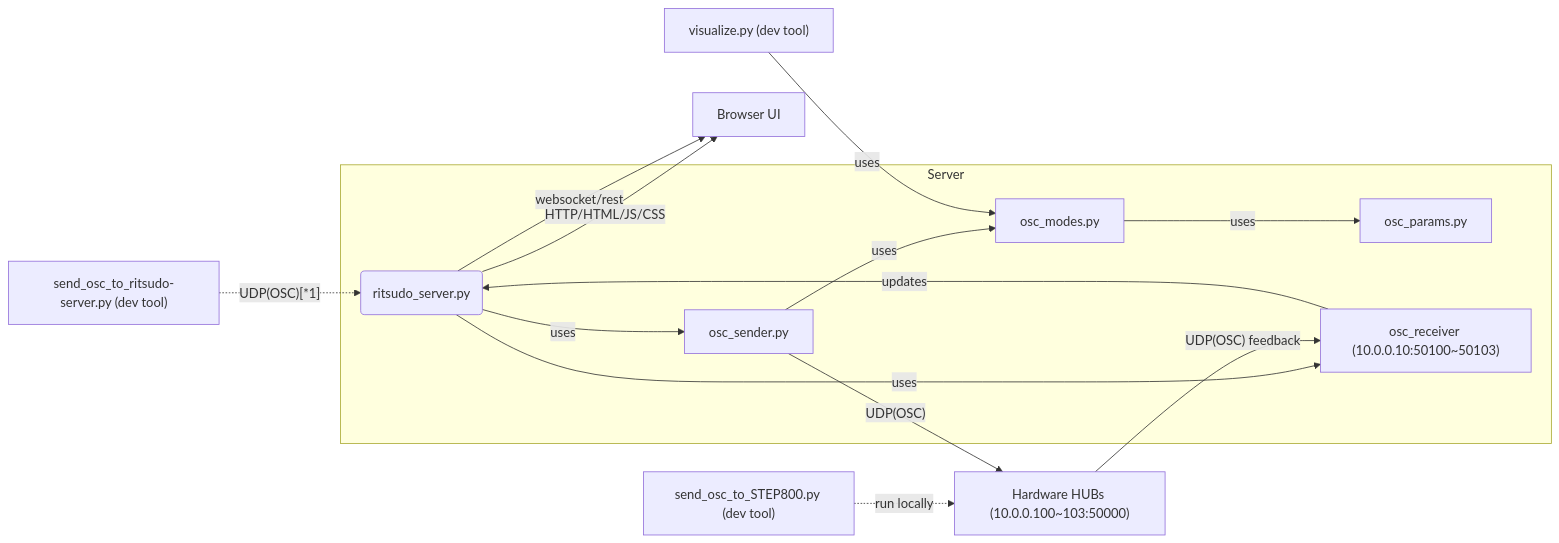
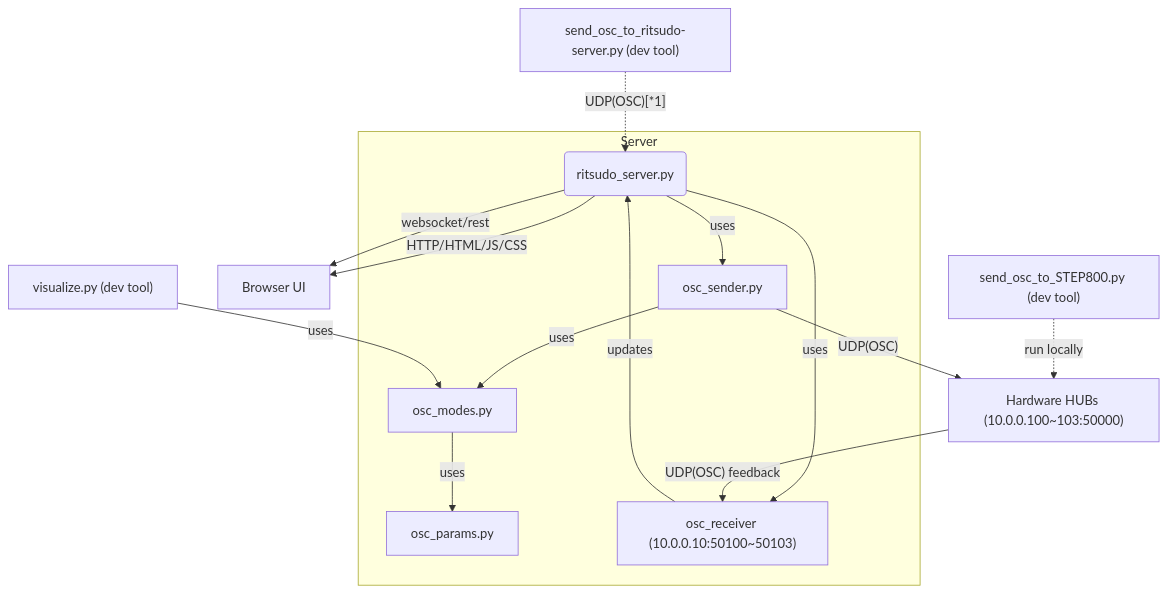
Before and after one commit to fumiya-nakano-DE/SDH_kfy25: the diagram in README.md, drawn with Mermaid. The commit also changed other lines of this file, not shown here.

````diff
--- a/README.md
+++ b/README.md
@@ -112,21 +81,21 @@
 ```mermaid
-graph LR
+graph TD
     Browser[Browser UI]
     Flask(ritsudo_server.py) -- HTTP/HTML/JS/CSS --> Browser
     Flask -- websocket/rest --> Browser
 
     subgraph Server
       osc_modes -- uses --> osc_params[osc_params.py]
       osc_sender -- uses --> osc_modes[osc_modes.py]
       Flask -- uses --> osc_sender[osc_sender.py]
       Flask -- uses --> osc_receiver[osc_receiver.py]
     end
 
     osc_sender -- UDP(OSC) --> Hubs["Hardware HUBs (10.0.0.100~103:50000)"]
     Hubs -- UDP(OSC) feedback --> osc_receiver
     osc_receiver["osc_receiver (10.0.0.10:50100~50103)"] -- updates --> Flask
 
     sendosc2board["send_osc_to_STEP800.py (dev tool)"] -. run locally .-> Hubs
     sendosc2server["send_osc_to_ritsudo-server.py (dev tool)"] -. UDP(OSC)[*1] .-> Flask
     visualizer["visualize.py (dev tool)"]-- uses --> osc_modes
 ```
````
